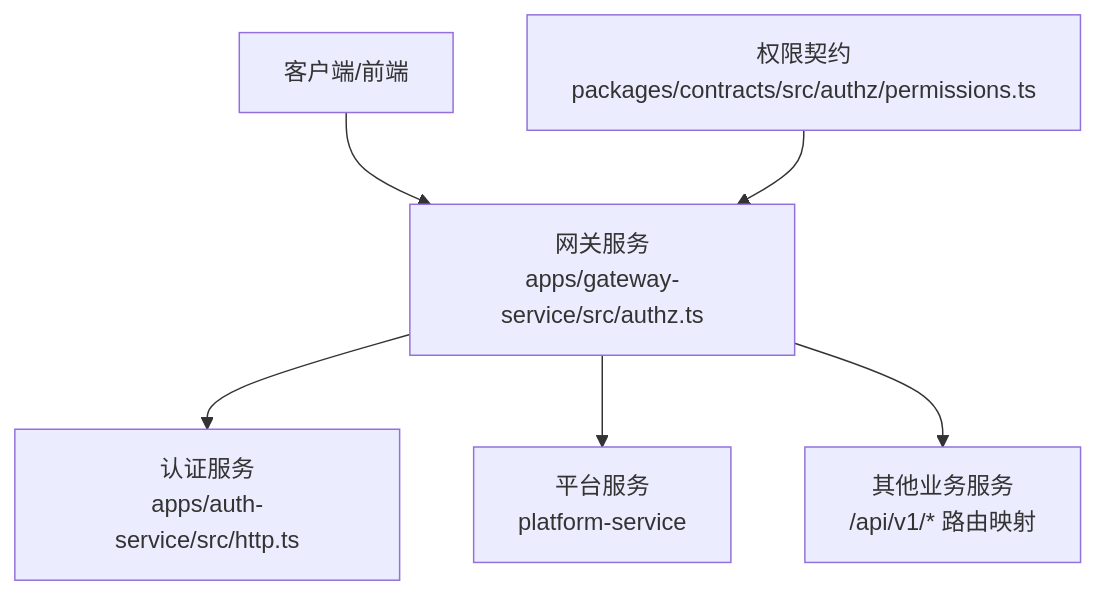
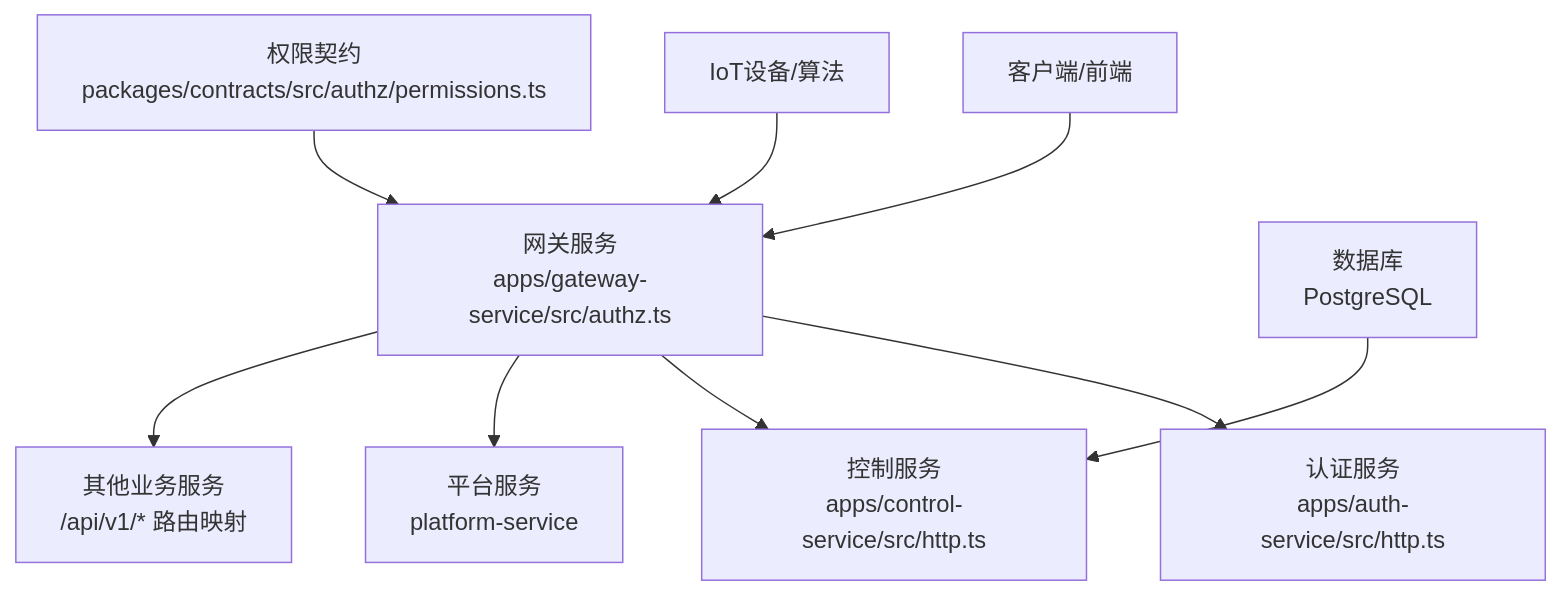
One commit to q446328246/agri-platform changed the first of 7 diagrams in .qoder/repowiki/zh/content/架构设计/安全架构.md. Above: the diagram before and after it, drawn with Mermaid. The commit also changed other lines of this file and 52 other files, not shown here.

````diff
--- a/.qoder/repowiki/zh/content/架构设计/安全架构.md
+++ b/.qoder/repowiki/zh/content/架构设计/安全架构.md
@@ -42,8 +47,11 @@
 ```mermaid
 graph TB
 Client["客户端/前端"] --> Gateway["网关服务<br/>apps/gateway-service/src/authz.ts"]
+Device["IoT设备/算法"] --> Gateway
 Gateway --> AuthSrv["认证服务<br/>apps/auth-service/src/http.ts"]
+Gateway --> ControlSrv["控制服务<br/>apps/control-service/src/http.ts"]
 Gateway --> PlatformSrv["平台服务<br/>platform-service"]
 Gateway --> OtherSvcs["其他业务服务<br/>/api/v1/* 路由映射"]
 Contracts["权限契约<br/>packages/contracts/src/authz/permissions.ts"] --> Gateway
+DB["数据库<br/>PostgreSQL"] --> ControlSrv
 ```
````
